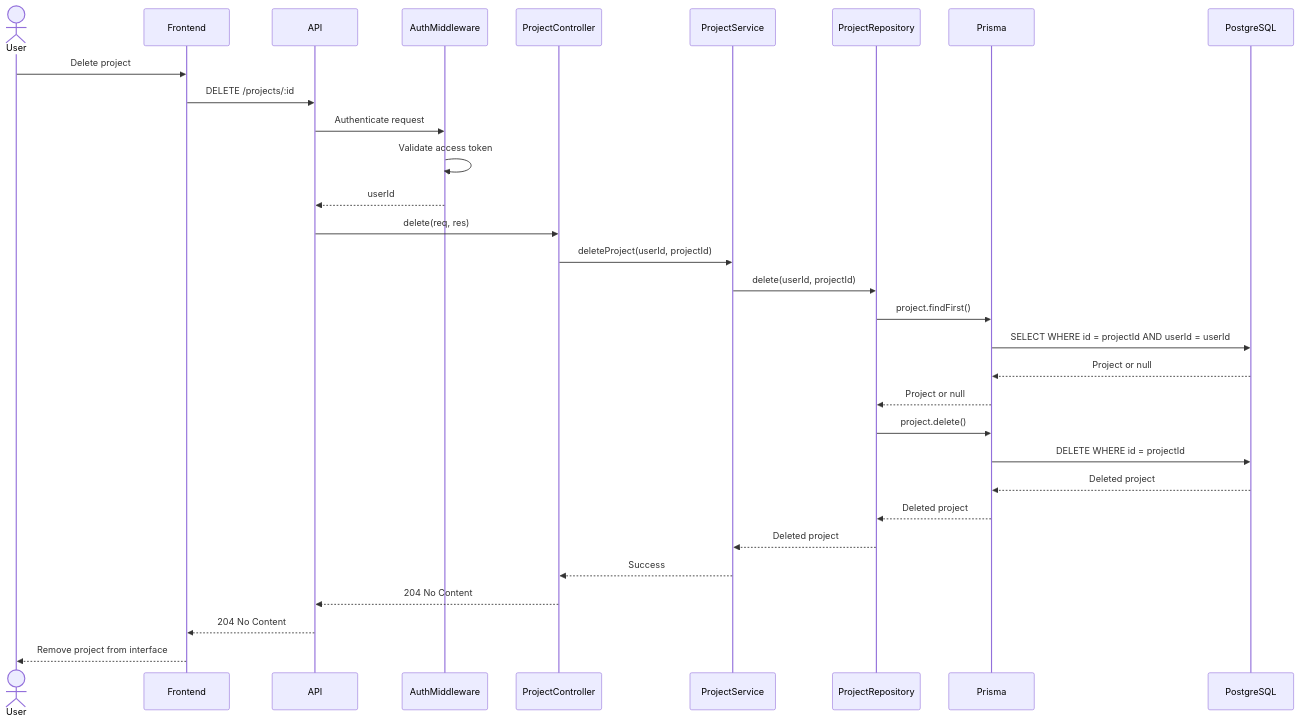
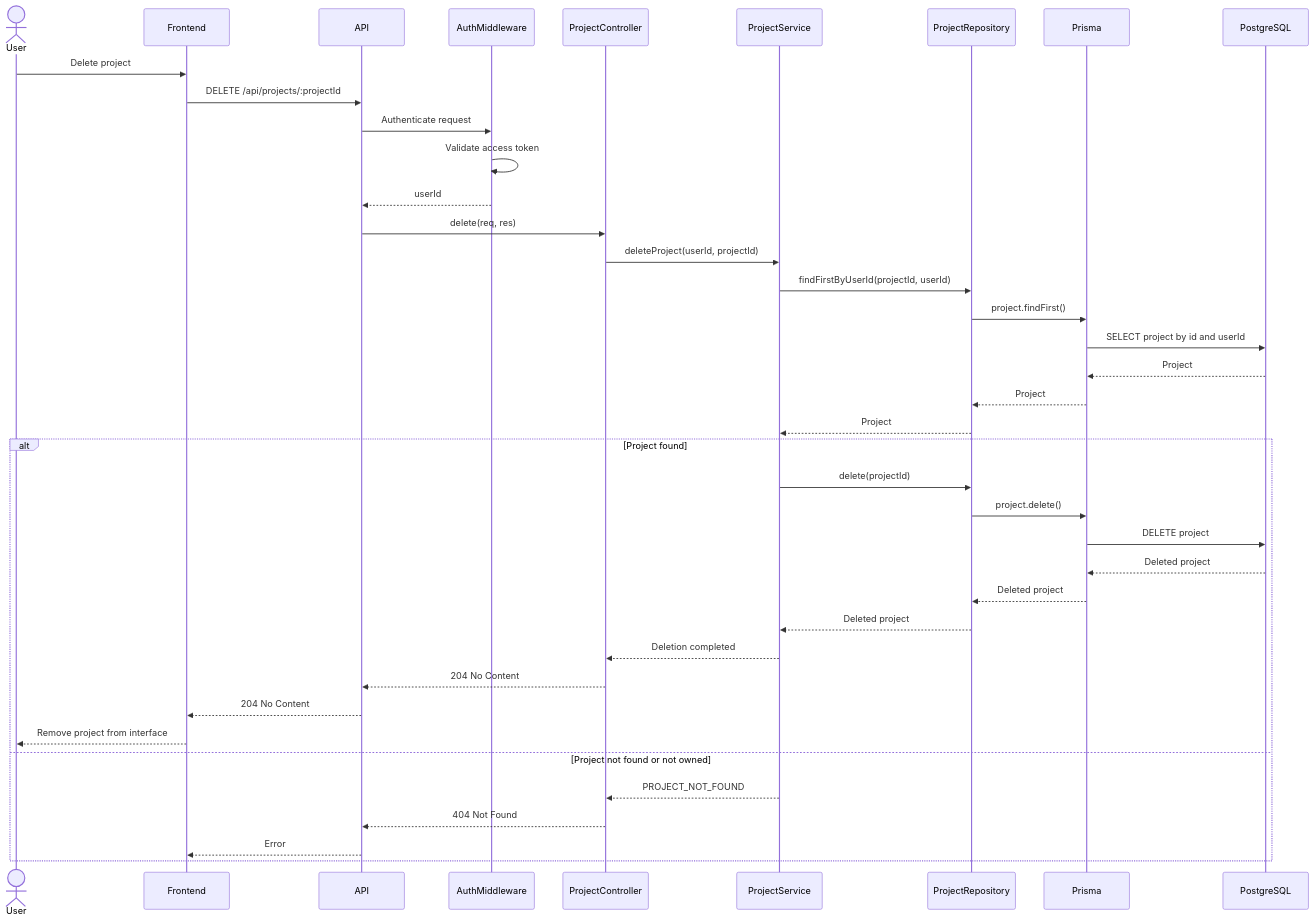
Before and after one commit to davihenriquedev1/prodixus: the diagram in docs/diagrams/sequence-diagrams/project/delete.md, drawn with Mermaid. The commit also changed 65 other files, not shown here.

````diff
--- a/docs/diagrams/sequence-diagrams/project/delete.md
+++ b/docs/diagrams/sequence-diagrams/project/delete.md
@@ -3,39 +3,44 @@
 ```mermaid
 sequenceDiagram
     actor User
     participant Frontend
     participant API
     participant AuthMiddleware
     participant ProjectController
     participant ProjectService
     participant ProjectRepository
     participant Prisma
     participant PostgreSQL
 
     User->>Frontend: Delete project
-    Frontend->>API: DELETE /projects/:id
+    Frontend->>API: DELETE /api/projects/:projectId
     API->>AuthMiddleware: Authenticate request
     AuthMiddleware->>AuthMiddleware: Validate access token
     AuthMiddleware-->>API: userId
-
     API->>ProjectController: delete(req, res)
     ProjectController->>ProjectService: deleteProject(userId, projectId)
-    ProjectService->>ProjectRepository: delete(userId, projectId)
 
+    ProjectService->>ProjectRepository: findFirstByUserId(projectId, userId)
     ProjectRepository->>Prisma: project.findFirst()
-    Prisma->>PostgreSQL: SELECT WHERE id = projectId AND userId = userId
-    PostgreSQL-->>Prisma: Project or null
-    Prisma-->>ProjectRepository: Project or null
+    Prisma->>PostgreSQL: SELECT project by id and userId
+    PostgreSQL-->>Prisma: Project
+    Prisma-->>ProjectRepository: Project
+    ProjectRepository-->>ProjectService: Project
 
-    ProjectRepository->>Prisma: project.delete()
-    Prisma->>PostgreSQL: DELETE WHERE id = projectId
-    PostgreSQL-->>Prisma: Deleted project
-    Prisma-->>ProjectRepository: Deleted project
-
-    ProjectRepository-->>ProjectService: Deleted project
-    ProjectService-->>ProjectController: Success
-    ProjectController-->>API: 204 No Content
-    API-->>Frontend: 204 No Content
-    Frontend-->>User: Remove project from interface
-
+    alt Project found
+        ProjectService->>ProjectRepository: delete(projectId)
+        ProjectRepository->>Prisma: project.delete()
+        Prisma->>PostgreSQL: DELETE project
+        PostgreSQL-->>Prisma: Deleted project
+        Prisma-->>ProjectRepository: Deleted project
+        ProjectRepository-->>ProjectService: Deleted project
+        ProjectService-->>ProjectController: Deletion completed
+        ProjectController-->>API: 204 No Content
+        API-->>Frontend: 204 No Content
+        Frontend-->>User: Remove project from interface
+    else Project not found or not owned
+        ProjectService-->>ProjectController: PROJECT_NOT_FOUND
+        ProjectController-->>API: 404 Not Found
+        API-->>Frontend: Error
+    end
 ```
````
